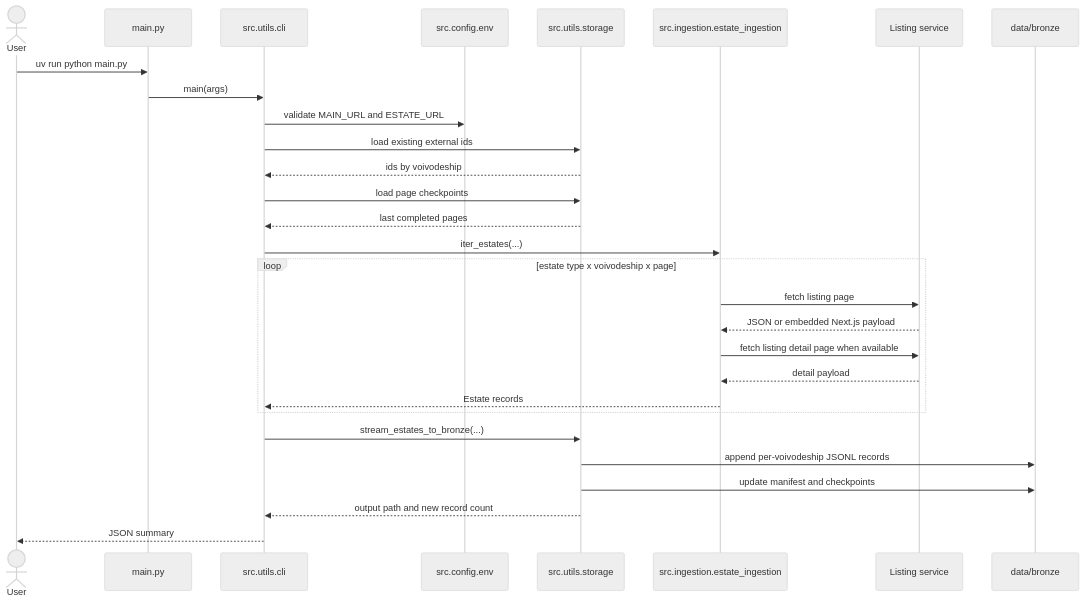
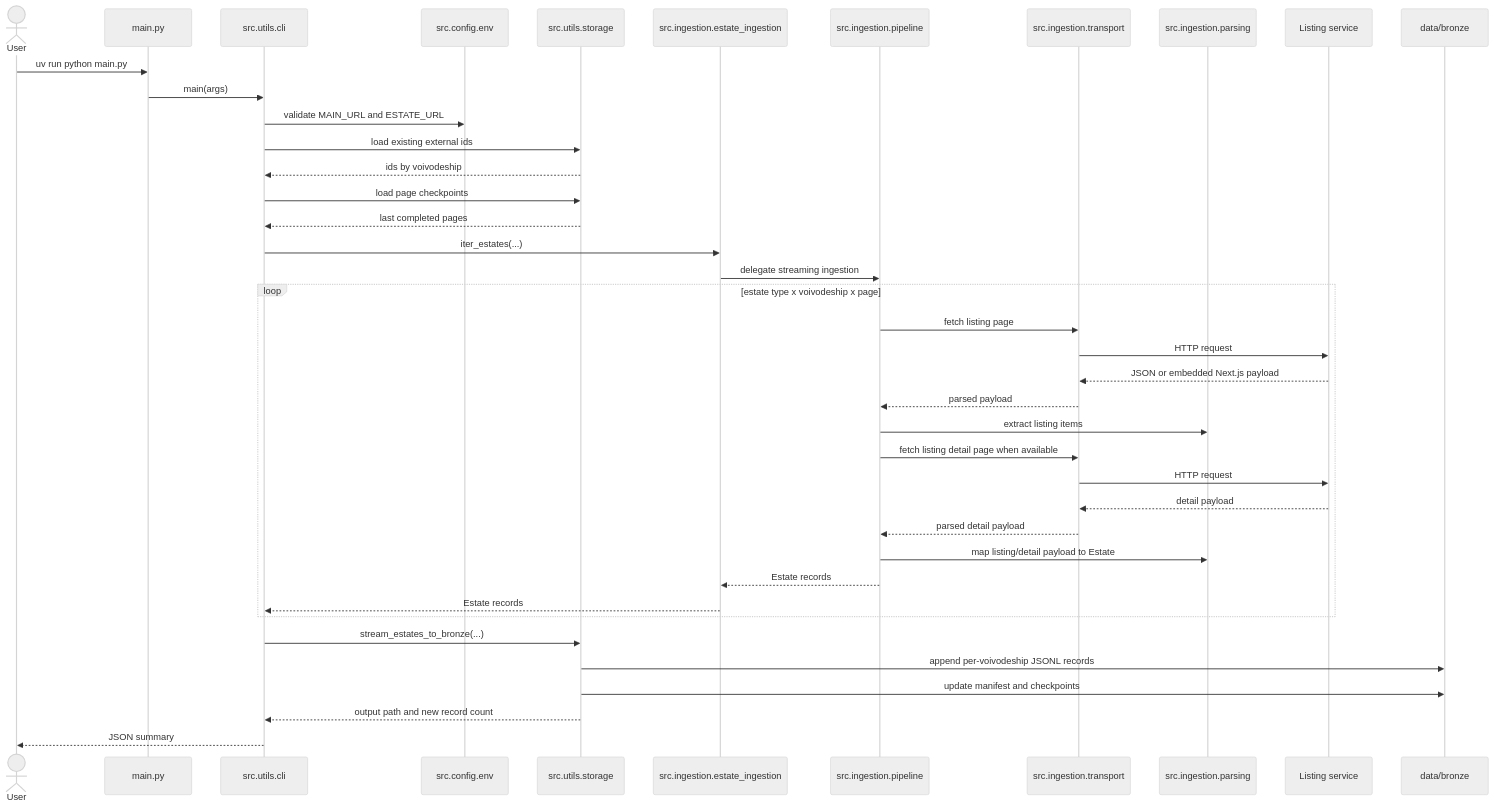
One commit to bi3lu/polish-real-estate-price-aggregates changed the diagram in docs/ingestion-sequence.md. Above: the diagram before and after it, drawn with Mermaid (neutral theme). The commit also changed other lines of this file and 4 other files, not shown here.

````diff
--- a/docs/ingestion-sequence.md
+++ b/docs/ingestion-sequence.md
@@ -3,34 +3,45 @@
 ```mermaid
 sequenceDiagram
     actor User
     participant Main as main.py
     participant CLI as src.utils.cli
     participant Env as src.config.env
     participant Store as src.utils.storage
-    participant Ingestion as src.ingestion.estate_ingestion
+    participant Facade as src.ingestion.estate_ingestion
+    participant Pipeline as src.ingestion.pipeline
+    participant Transport as src.ingestion.transport
+    participant Parsing as src.ingestion.parsing
     participant Source as Listing service
     participant Bronze as data/bronze
 
     User->>Main: uv run python main.py
     Main->>CLI: main(args)
     CLI->>Env: validate MAIN_URL and ESTATE_URL
     CLI->>Store: load existing external ids
     Store-->>CLI: ids by voivodeship
     CLI->>Store: load page checkpoints
     Store-->>CLI: last completed pages
-    CLI->>Ingestion: iter_estates(...)
+    CLI->>Facade: iter_estates(...)
+    Facade->>Pipeline: delegate streaming ingestion
 
     loop estate type x voivodeship x page
-        Ingestion->>Source: fetch listing page
-        Source-->>Ingestion: JSON or embedded Next.js payload
-        Ingestion->>Source: fetch listing detail page when available
-        Source-->>Ingestion: detail payload
-        Ingestion-->>CLI: Estate records
+        Pipeline->>Transport: fetch listing page
+        Transport->>Source: HTTP request
+        Source-->>Transport: JSON or embedded Next.js payload
+        Transport-->>Pipeline: parsed payload
+        Pipeline->>Parsing: extract listing items
+        Pipeline->>Transport: fetch listing detail page when available
+        Transport->>Source: HTTP request
+        Source-->>Transport: detail payload
+        Transport-->>Pipeline: parsed detail payload
+        Pipeline->>Parsing: map listing/detail payload to Estate
+        Pipeline-->>Facade: Estate records
+        Facade-->>CLI: Estate records
     end
 
     CLI->>Store: stream_estates_to_bronze(...)
     Store->>Bronze: append per-voivodeship JSONL records
     Store->>Bronze: update manifest and checkpoints
     Store-->>CLI: output path and new record count
     CLI-->>User: JSON summary
 ```
````
